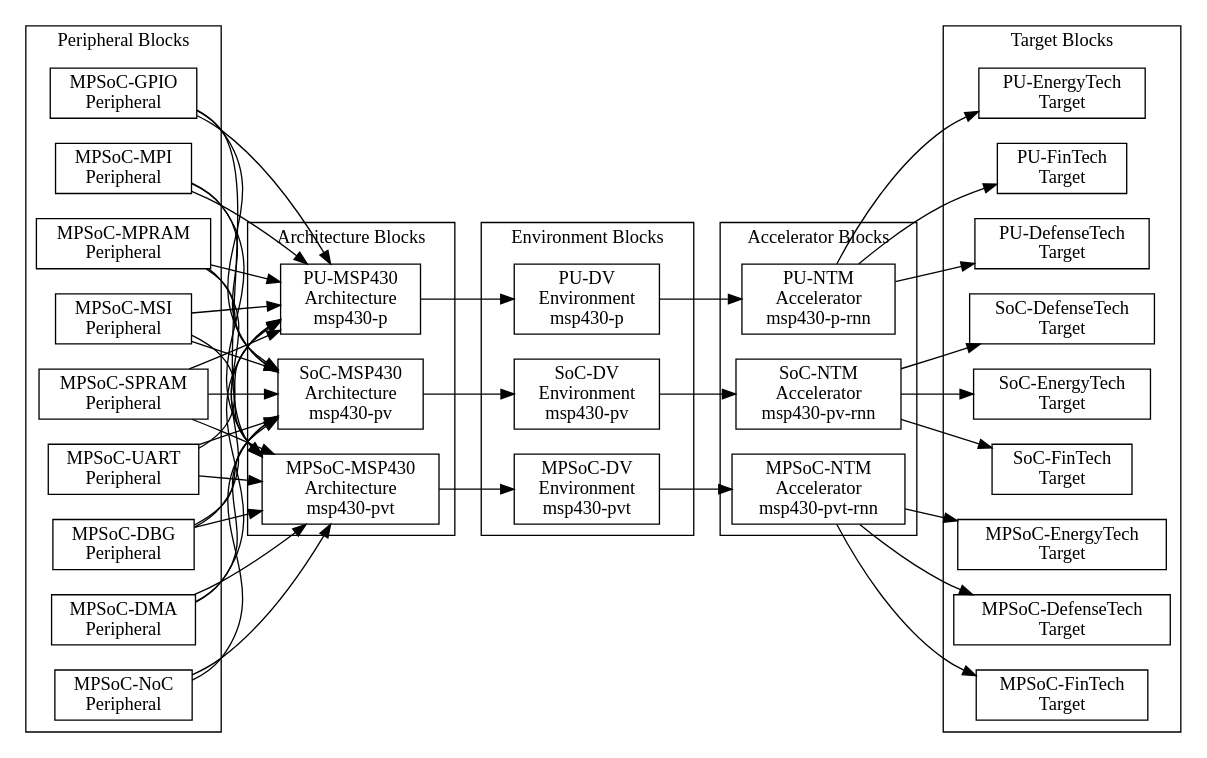
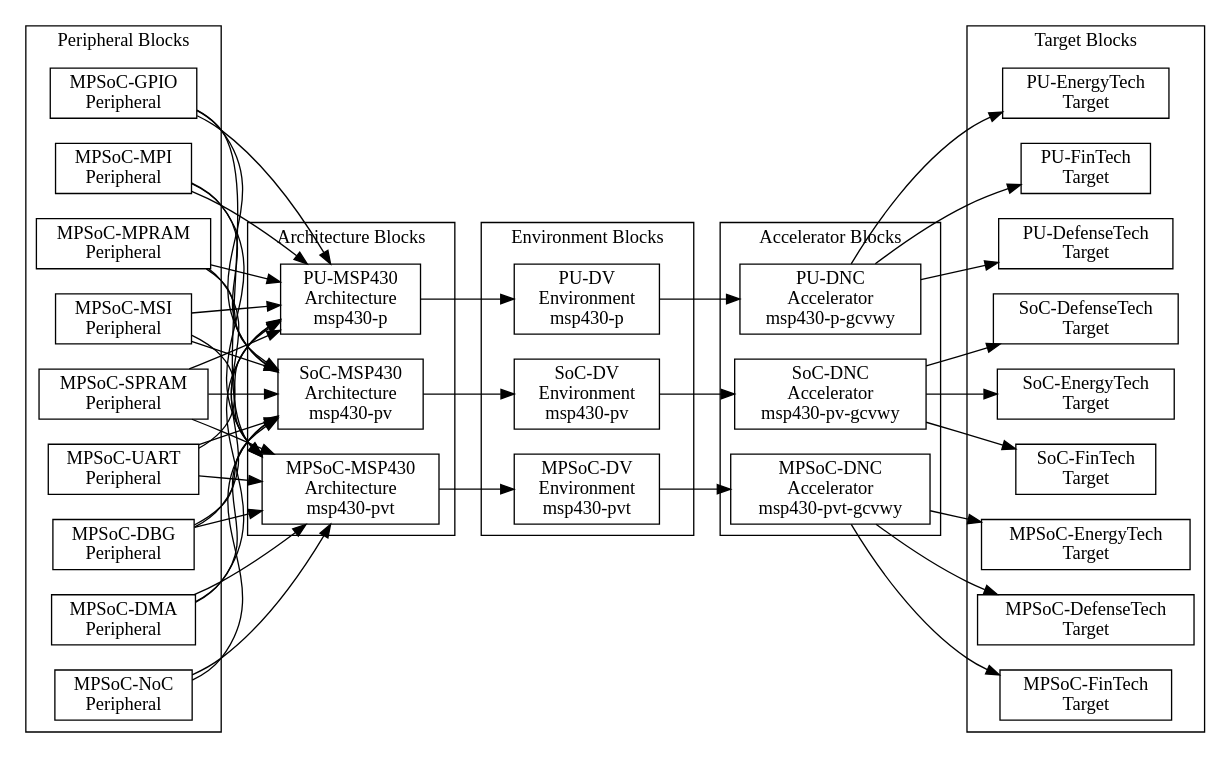
One commit to PacoReinaCampo/MPSoC-NTM changed the diagram in doc/isa/msp430/assets/dependences-global.dot. Above: the diagram before and after it, drawn with Graphviz. The commit also changed 241 other files, not shown here.

Commit message:
Working in MPSoC-NTM 🦀

```diff
--- a/doc/isa/msp430/assets/dependences-global.dot
+++ b/doc/isa/msp430/assets/dependences-global.dot
@@ -1,117 +1,117 @@
 digraph Project {
   // Introduction
   graph [rankdir = LR];
   node[shape=record];
 
   // Peripheral Blocks
   subgraph "cluster PeripheralBlocks" { label = "Peripheral Blocks";
     MPSoC_DBG[label="MPSoC-DBG\nPeripheral"];
     MPSoC_DMA[label="MPSoC-DMA\nPeripheral"];
     MPSoC_GPIO[label="MPSoC-GPIO\nPeripheral"];
     MPSoC_MPI[label="MPSoC-MPI\nPeripheral"];
     MPSoC_MPRAM[label="MPSoC-MPRAM\nPeripheral"];
     MPSoC_MSI[label="MPSoC-MSI\nPeripheral"];
     MPSoC_NoC[label="MPSoC-NoC\nPeripheral"];
     MPSoC_SPRAM[label="MPSoC-SPRAM\nPeripheral"];
     MPSoC_UART[label="MPSoC-UART\nPeripheral"];
   }
 
   // Architecture Blocks
   subgraph "cluster ArchitectureBlocks" { label = "Architecture Blocks";
     MPSoC_MSP430[label="MPSoC-MSP430\nArchitecture\nmsp430-pvt"];
     SoC_MSP430[label="SoC-MSP430\nArchitecture\nmsp430-pv"];
     PU_MSP430[label="PU-MSP430\nArchitecture\nmsp430-p"];
   }
 
   // Environment Blocks
   subgraph "cluster EnvironmentBlocks" { label = "Environment Blocks";
     MPSoC_DV[label="MPSoC-DV\nEnvironment\nmsp430-pvt"];
     SoC_DV[label="SoC-DV\nEnvironment\nmsp430-pv"];
     PU_DV[label="PU-DV\nEnvironment\nmsp430-p"];
   }
 
   // Accelerator Blocks
   subgraph "cluster AcceleratorBlocks" { label = "Accelerator Blocks";
-    MPSoC_NTM[label="MPSoC-NTM\nAccelerator\nmsp430-pvt-rnn"];
-    SoC_NTM[label="SoC-NTM\nAccelerator\nmsp430-pv-rnn"];
-    PU_NTM[label="PU-NTM\nAccelerator\nmsp430-p-rnn"];
+    MPSoC_DNC[label="MPSoC-DNC\nAccelerator\nmsp430-pvt-gcvwy"];
+    SoC_DNC[label="SoC-DNC\nAccelerator\nmsp430-pv-gcvwy"];
+    PU_DNC[label="PU-DNC\nAccelerator\nmsp430-p-gcvwy"];
   }
 
   // Target Blocks
   subgraph "cluster TargetBlocks" { label = "Target Blocks";
     MPSoC_EnergyTech[label="MPSoC-EnergyTech\nTarget"];
     SoC_EnergyTech[label="SoC-EnergyTech\nTarget"];
     PU_EnergyTech[label="PU-EnergyTech\nTarget"];
 
     MPSoC_FinTech[label="MPSoC-FinTech\nTarget"];
     SoC_FinTech[label="SoC-FinTech\nTarget"];
     PU_FinTech[label="PU-FinTech\nTarget"];
 
     MPSoC_DefenseTech[label="MPSoC-DefenseTech\nTarget"];
     SoC_DefenseTech[label="SoC-DefenseTech\nTarget"];
     PU_DefenseTech[label="PU-DefenseTech\nTarget"];
   }
 
   // Peripheral -> Architecture
   MPSoC_DBG -> MPSoC_MSP430;
   MPSoC_DMA -> MPSoC_MSP430;
   MPSoC_GPIO -> MPSoC_MSP430;
   MPSoC_MPI -> MPSoC_MSP430;
   MPSoC_MPRAM -> MPSoC_MSP430;
   MPSoC_MSI -> MPSoC_MSP430;
   MPSoC_NoC -> MPSoC_MSP430;
   MPSoC_SPRAM -> MPSoC_MSP430;
   MPSoC_UART -> MPSoC_MSP430;
 
   MPSoC_DBG -> SoC_MSP430;
   MPSoC_DMA -> SoC_MSP430;
   MPSoC_GPIO -> SoC_MSP430;
   MPSoC_MPI -> SoC_MSP430;
   MPSoC_MPRAM -> SoC_MSP430;
   MPSoC_MSI -> SoC_MSP430;
   MPSoC_NoC -> SoC_MSP430;
   MPSoC_SPRAM -> SoC_MSP430;
   MPSoC_UART -> SoC_MSP430;
 
   MPSoC_DBG -> PU_MSP430;
   MPSoC_DMA -> PU_MSP430;
   MPSoC_GPIO -> PU_MSP430;
   MPSoC_MPI -> PU_MSP430;
   MPSoC_MPRAM -> PU_MSP430;
   MPSoC_MSI -> PU_MSP430;
   MPSoC_SPRAM -> PU_MSP430;
   MPSoC_UART -> PU_MSP430;
 
   // Architecture -> Environment
   PU_MSP430 -> PU_DV;
 
   SoC_MSP430 -> SoC_DV;
 
   MPSoC_MSP430 -> MPSoC_DV;
 
   // Environment -> Accelerator
-  PU_DV -> PU_NTM;
+  PU_DV -> PU_DNC;
 
-  SoC_DV -> SoC_NTM;
+  SoC_DV -> SoC_DNC;
 
-  MPSoC_DV -> MPSoC_NTM;
+  MPSoC_DV -> MPSoC_DNC;
 
   // Accelerator -> Target
-  PU_NTM -> PU_EnergyTech;
+  PU_DNC -> PU_EnergyTech;
 
-  SoC_NTM -> SoC_EnergyTech;
+  SoC_DNC -> SoC_EnergyTech;
 
-  MPSoC_NTM -> MPSoC_EnergyTech;
+  MPSoC_DNC -> MPSoC_EnergyTech;
 
-  PU_NTM -> PU_FinTech;
+  PU_DNC -> PU_FinTech;
 
-  SoC_NTM -> SoC_FinTech;
+  SoC_DNC -> SoC_FinTech;
 
-  MPSoC_NTM -> MPSoC_FinTech;
+  MPSoC_DNC -> MPSoC_FinTech;
 
-  PU_NTM -> PU_DefenseTech;
+  PU_DNC -> PU_DefenseTech;
 
-  SoC_NTM -> SoC_DefenseTech;
+  SoC_DNC -> SoC_DefenseTech;
 
-  MPSoC_NTM -> MPSoC_DefenseTech;
+  MPSoC_DNC -> MPSoC_DefenseTech;
 }
```
